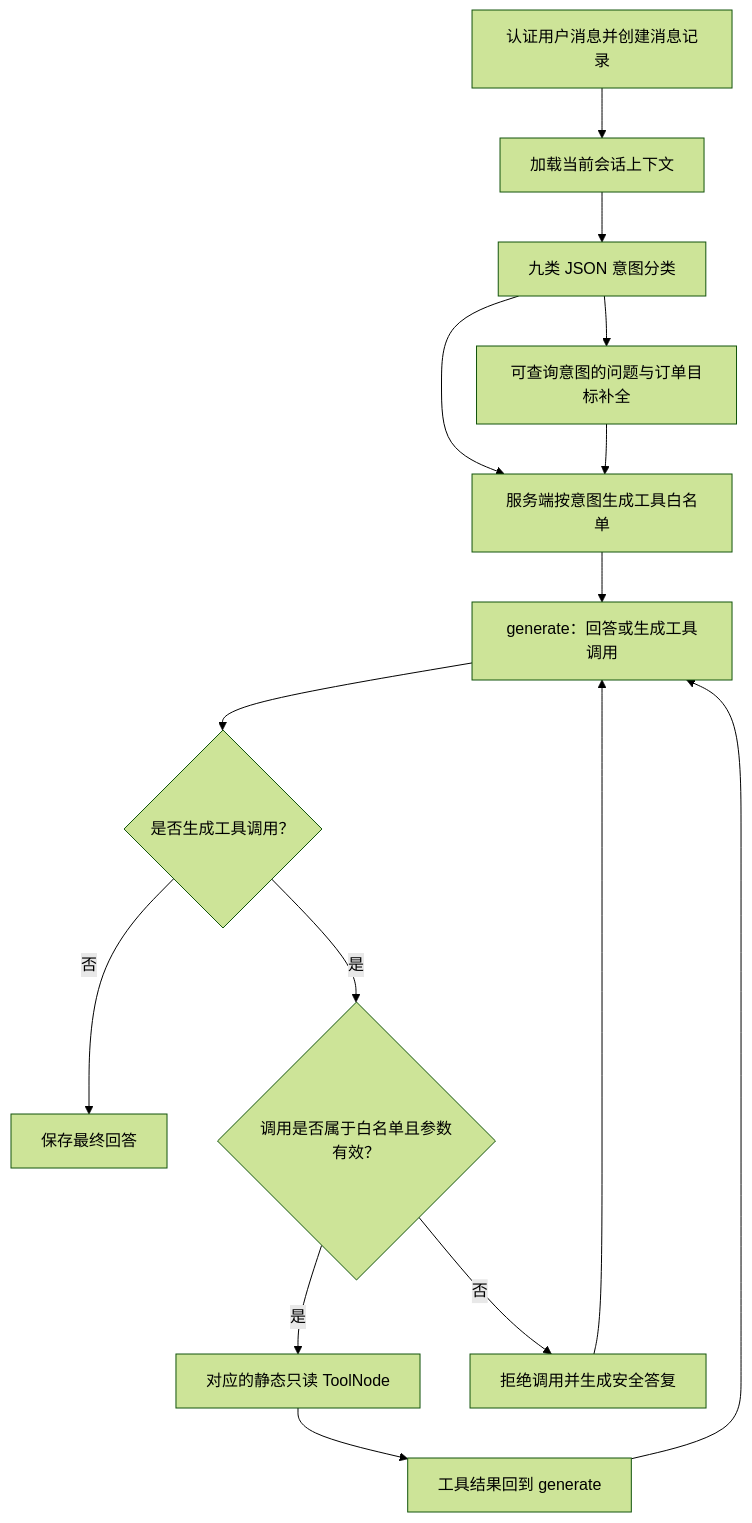
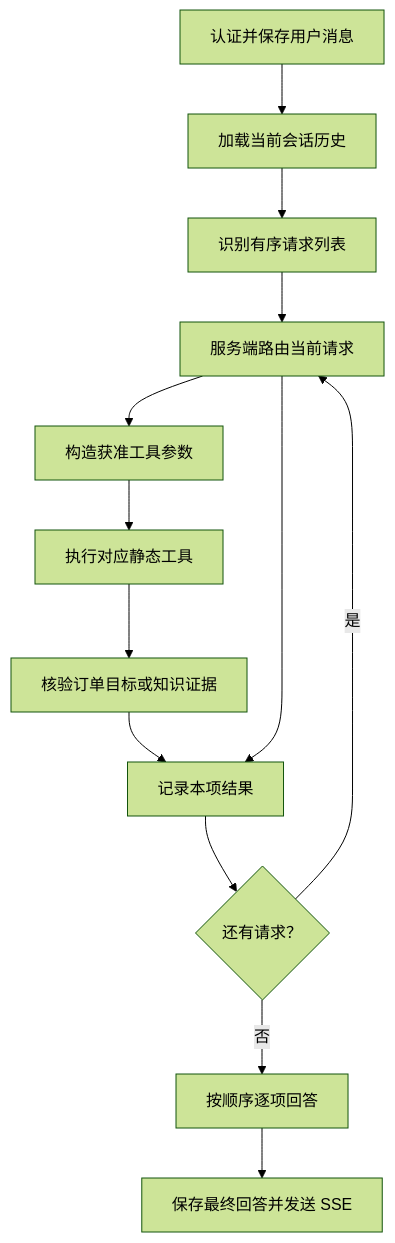
Before and after one commit to Tindalos-ik/Aiden: the diagram in docs/语义识别与意图路由前置层.md, drawn with Mermaid (forest theme). The commit also changed other lines of this file and 6 other files, not shown here.

````diff
--- a/docs/语义识别与意图路由前置层.md
+++ b/docs/语义识别与意图路由前置层.md
@@ -11,17 +7,15 @@
 ```mermaid
 graph TD
-    auth["认证用户消息并创建消息记录"] --> context["加载当前会话上下文"]
-    context --> recognize["九类 JSON 意图分类"]
-    recognize --> extract["可查询意图的问题与订单目标补全"]
-    recognize --> route
-    extract --> route["服务端按意图生成工具白名单"]
-    route --> generate["generate：回答或生成工具调用"]
-    generate --> decision{"是否生成工具调用？"}
-    decision -->|否| save["保存最终回答"]
-    decision -->|是| guard{"调用是否属于白名单且参数有效？"}
-    guard -->|是| tool["对应的静态只读 ToolNode"]
-    tool --> result["工具结果回到 generate"]
-    result --> generate
-    guard -->|否| reject["拒绝调用并生成安全答复"]
-    reject --> generate
+    auth["认证并保存用户消息"] --> context["加载当前会话历史"]
+    context --> recognize["识别有序请求列表"]
+    recognize --> route["服务端路由当前请求"]
+    route --> dispatch["构造获准工具参数"]
+    dispatch --> tool["执行对应静态工具"]
+    tool --> assess["核验订单目标或知识证据"]
+    assess --> finish["记录本项结果"]
+    route --> finish
+    finish --> more{"还有请求？"}
+    more -->|是| route
+    more -->|否| answer["按顺序逐项回答"]
+    answer --> save["保存最终回答并发送 SSE"]
 ```
````
